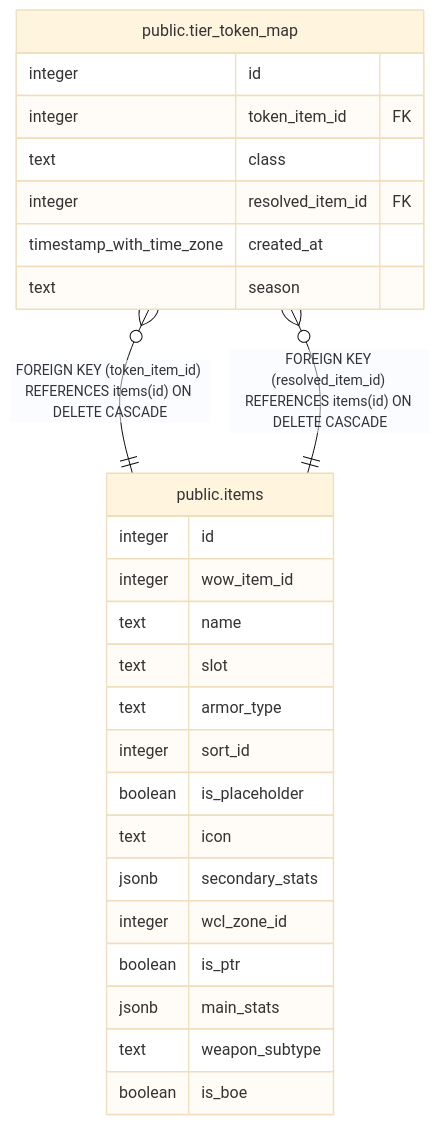
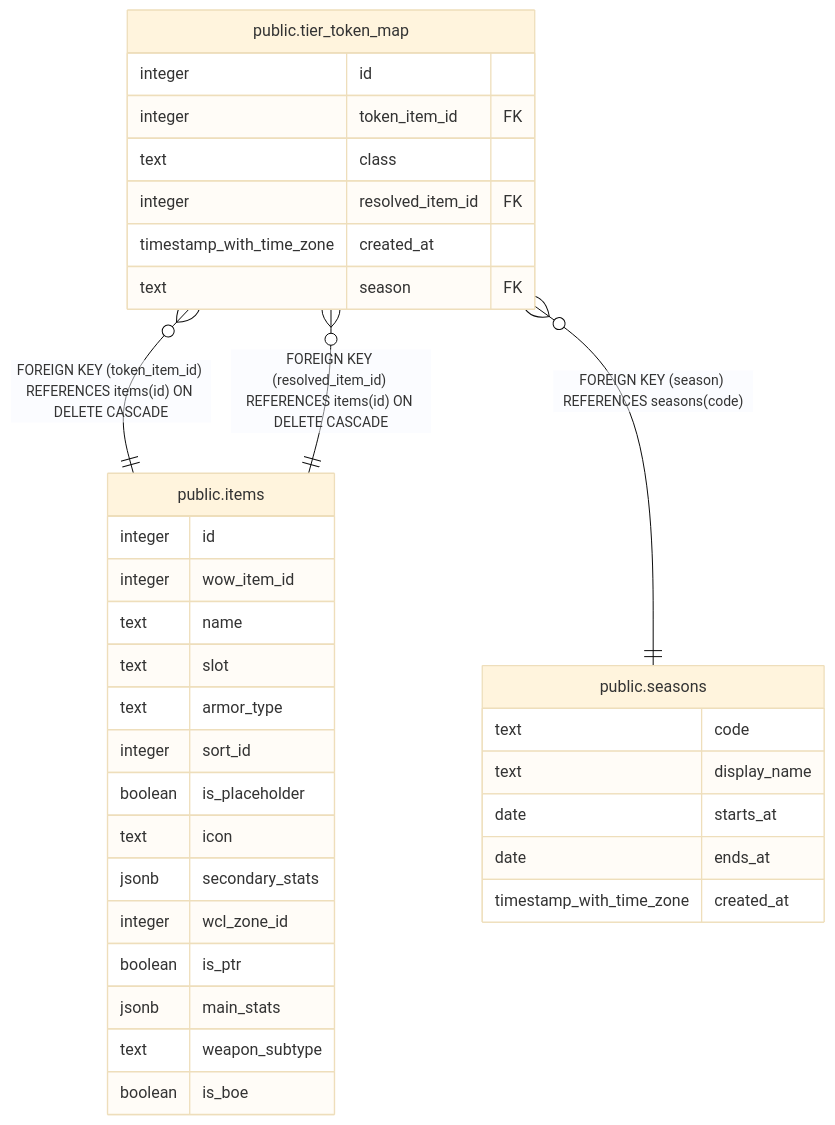
The diagram in dbdoc/public.tier_token_map.md (katogaming88/WGA-Raid-Hub), drawn with Mermaid (base theme) before and after one commit. The commit also changed other lines of this file and 64 other files, not shown here.

First line of the commit message:
A seasons table, a foreign key on every season column, and the sync keeping the team's stamp (v3.123.0) (#1194)

````diff
--- a/dbdoc/public.tier_token_map.md
+++ b/dbdoc/public.tier_token_map.md
@@ -32,31 +33,39 @@
 ```mermaid
 erDiagram
 
 "public.tier_token_map" }o--|| "public.items" : "FOREIGN KEY (token_item_id) REFERENCES items(id) ON DELETE CASCADE"
 "public.tier_token_map" }o--|| "public.items" : "FOREIGN KEY (resolved_item_id) REFERENCES items(id) ON DELETE CASCADE"
+"public.tier_token_map" }o--|| "public.seasons" : "FOREIGN KEY (season) REFERENCES seasons(code)"
 
 "public.tier_token_map" {
   integer id
   integer token_item_id FK
   text class
   integer resolved_item_id FK
   timestamp_with_time_zone created_at
-  text season
+  text season FK
 }
 "public.items" {
   integer id
   integer wow_item_id
   text name
   text slot
   text armor_type
   integer sort_id
   boolean is_placeholder
   text icon
   jsonb secondary_stats
   integer wcl_zone_id
   boolean is_ptr
   jsonb main_stats
   text weapon_subtype
   boolean is_boe
 }
+"public.seasons" {
+  text code
+  text display_name
+  date starts_at
+  date ends_at
+  timestamp_with_time_zone created_at
+}
 ```
````
